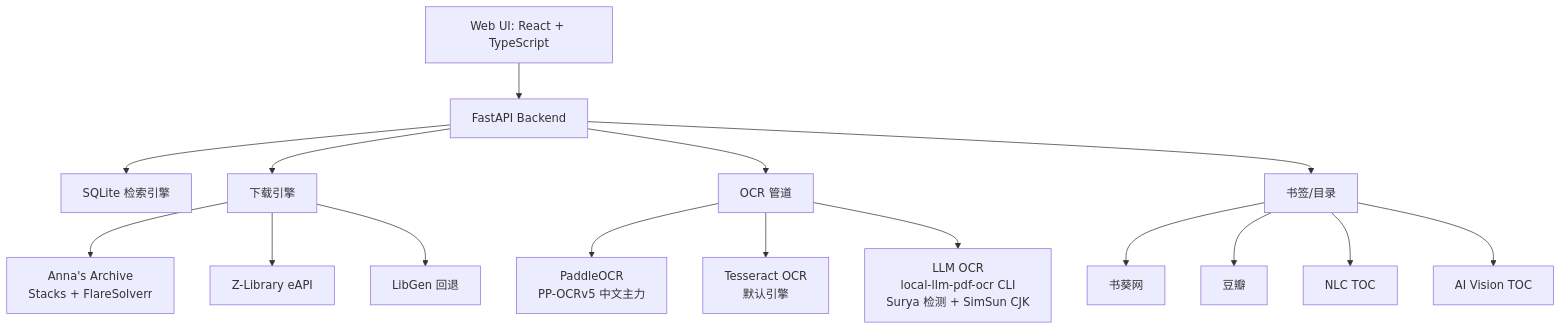
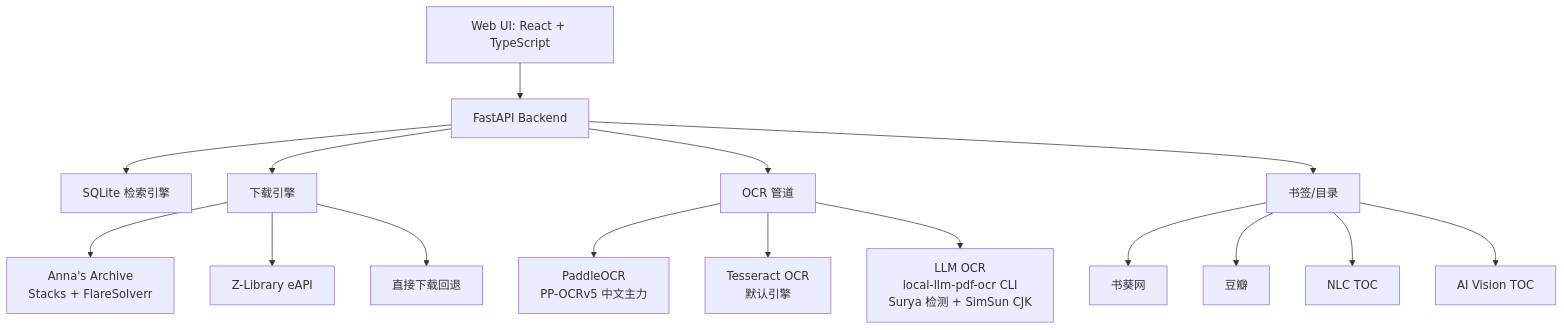
Before and after one commit to Callioper/book-downloader: the diagram in README.md, drawn with Mermaid. The commit also changed other lines of this file and 5 other files, not shown here.

Commit message:
refactor: remove LibGen download functionality and all related references

````diff
--- a/README.md
+++ b/README.md
@@ -97,21 +97,21 @@
 ```mermaid
 graph TD
     A[Web UI: React + TypeScript] --> B[FastAPI Backend]
     B --> C[SQLite 检索引擎]
     B --> D[下载引擎]
     B --> E[OCR 管道]
     B --> F[书签/目录]
 
     D --> D1[Anna's Archive<br/>Stacks + FlareSolverr]
     D --> D2[Z-Library eAPI]
-    D --> D3[LibGen 回退]
+    D --> D3[直接下载回退]
 
     E --> E1[PaddleOCR<br/>PP-OCRv5 中文主力]
     E --> E2[Tesseract OCR<br/>默认引擎]
     E --> E3[LLM OCR<br/>local-llm-pdf-ocr CLI<br/>Surya 检测 + SimSun CJK]
 
     F --> F1[书葵网]
     F --> F2[豆瓣]
     F --> F3[NLC TOC]
     F --> F4[AI Vision TOC]
 ```
````
